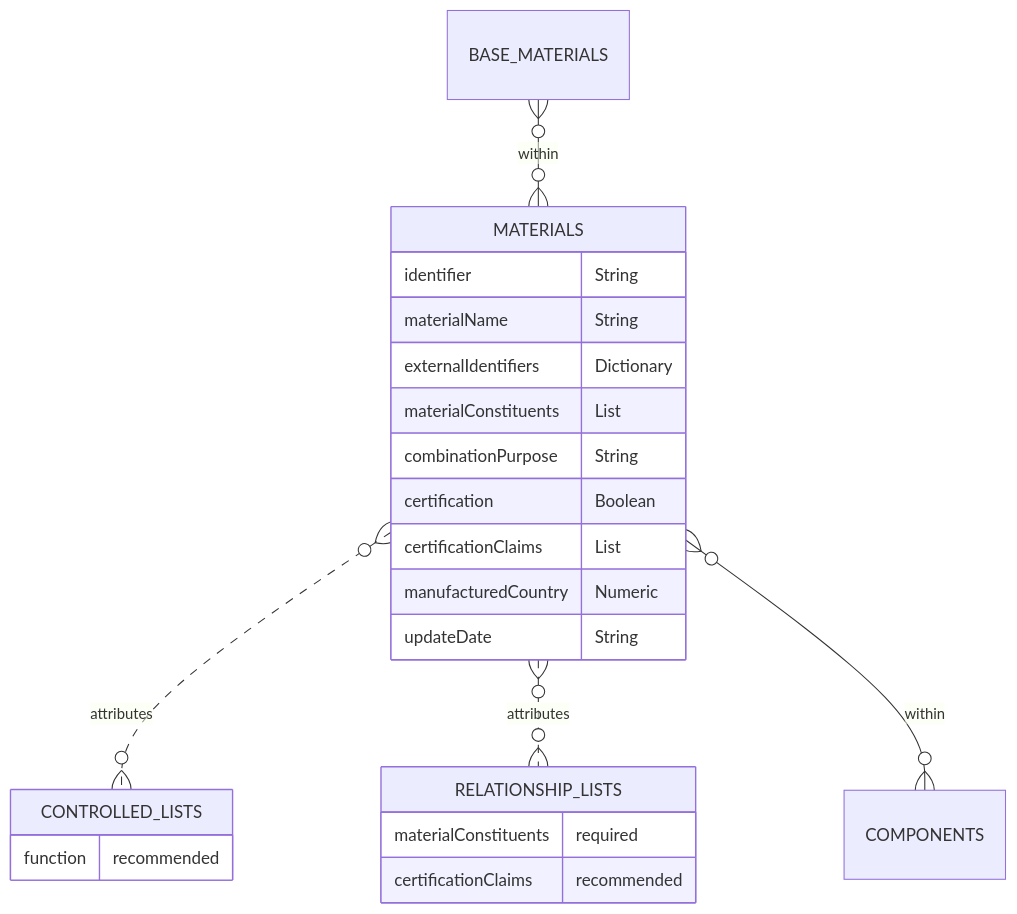
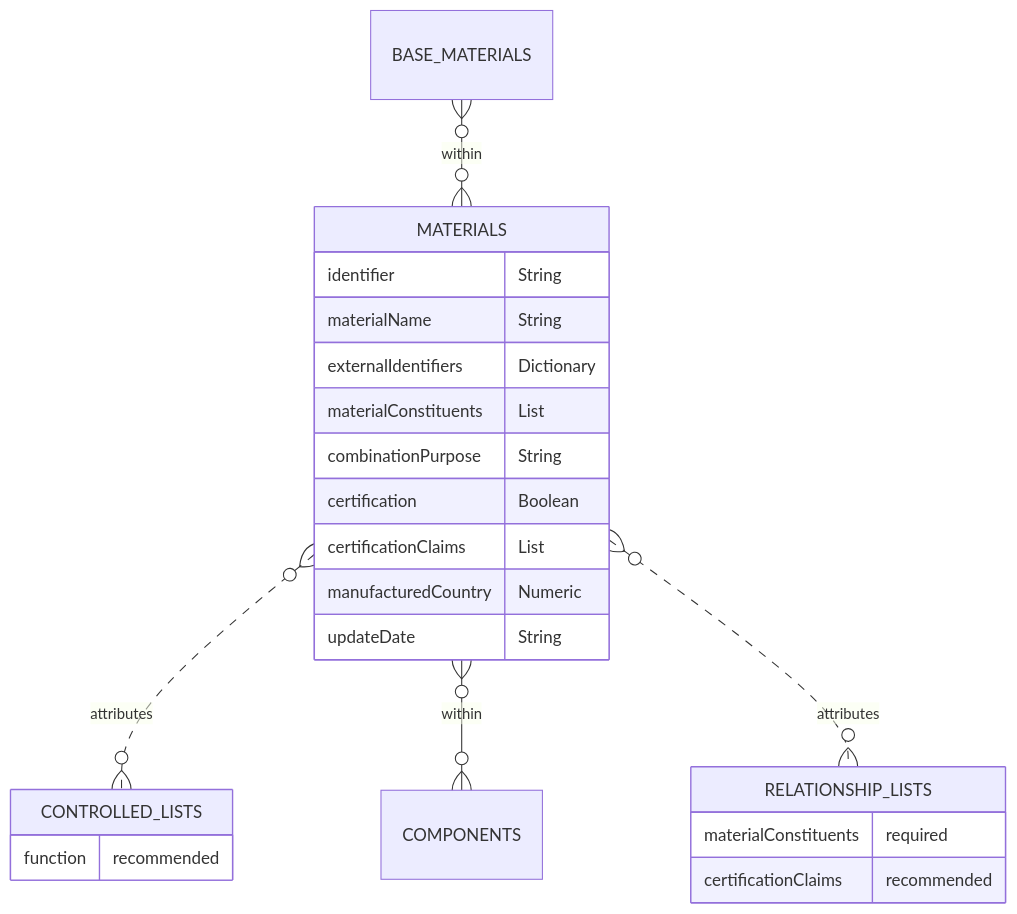
One commit to OpenDataManchester/Open3P changed the diagram in docs/3_Data_Specification/3_2_Materials.md. Above: the diagram before and after it, drawn with Mermaid. The commit also changed other lines of this file and 3 other files, not shown here.

````diff
--- a/docs/3_Data_Specification/3_2_Materials.md
+++ b/docs/3_Data_Specification/3_2_Materials.md
@@ -25,25 +25,25 @@
 ``` mermaid
 erDiagram
 BASE_MATERIALS }o--o{ MATERIALS : within
   MATERIALS {
     identifier String
     materialName String
     externalIdentifiers Dictionary
     materialConstituents List
     combinationPurpose String
     certification Boolean
     certificationClaims List
     manufacturedCountry Numeric
     updateDate String
   }
   MATERIALS }o..o{ CONTROLLED_LISTS : attributes
+  MATERIALS }o--o{ COMPONENTS : within
   MATERIALS }o..o{ RELATIONSHIP_LISTS : attributes
-  MATERIALS }o--o{ COMPONENTS : within
         CONTROLLED_LISTS {
     function recommended
     }
         RELATIONSHIP_LISTS {
     materialConstituents required
     certificationClaims recommended
       }
 ```
````
